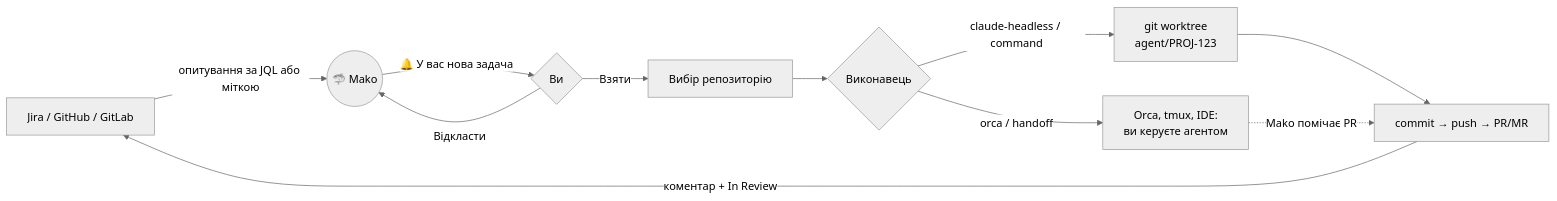
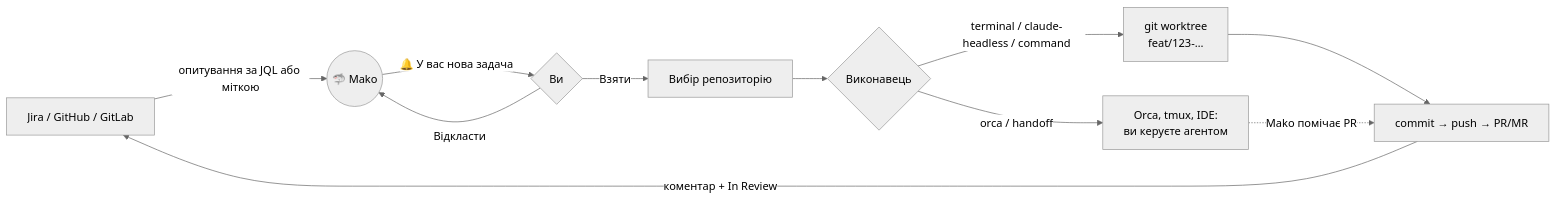
The diagram in README.md (SergeyPirogov/mako-agent), drawn with Mermaid (neutral theme) before and after one commit. The commit also changed other lines of this file and 6 other files, not shown here.

````diff
--- a/README.md
+++ b/README.md
@@ -58,13 +64,13 @@
 ```mermaid
 flowchart LR
     T[Jira / GitHub / GitLab] -- "опитування за JQL або міткою" --> M((🦈 Mako))
     M -- "🔔 У вас нова задача" --> U{Ви}
     U -- Відкласти --> M
     U -- Взяти --> R[Вибір репозиторію]
     R --> E{Виконавець}
-    E -- "claude-headless / command" --> W[git worktree<br/>agent/PROJ-123]
+    E -- "terminal / claude-headless / command" --> W[git worktree<br/>feat/123-…]
     W --> P[commit → push → PR/MR]
     E -- "orca / handoff" --> O[Orca, tmux, IDE:<br/>ви керуєте агентом]
     O -. "Mako помічає PR" .-> P
     P -- "коментар + In Review" --> T
 ```
````
